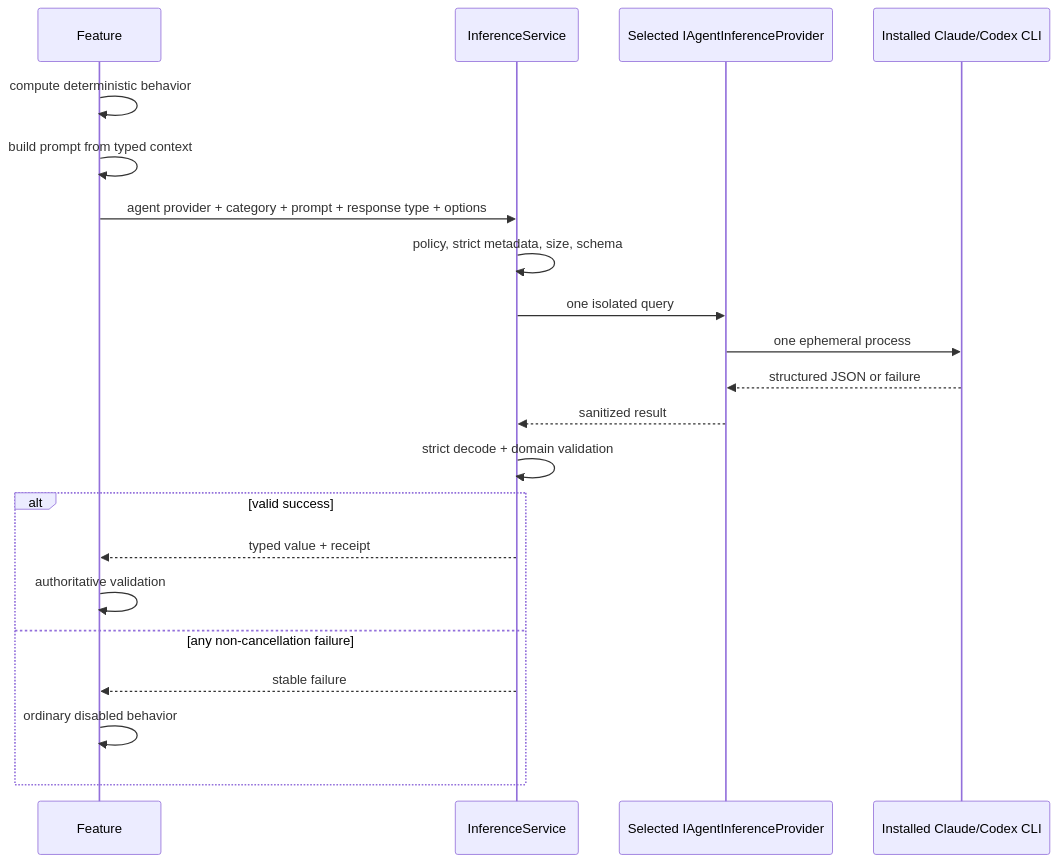
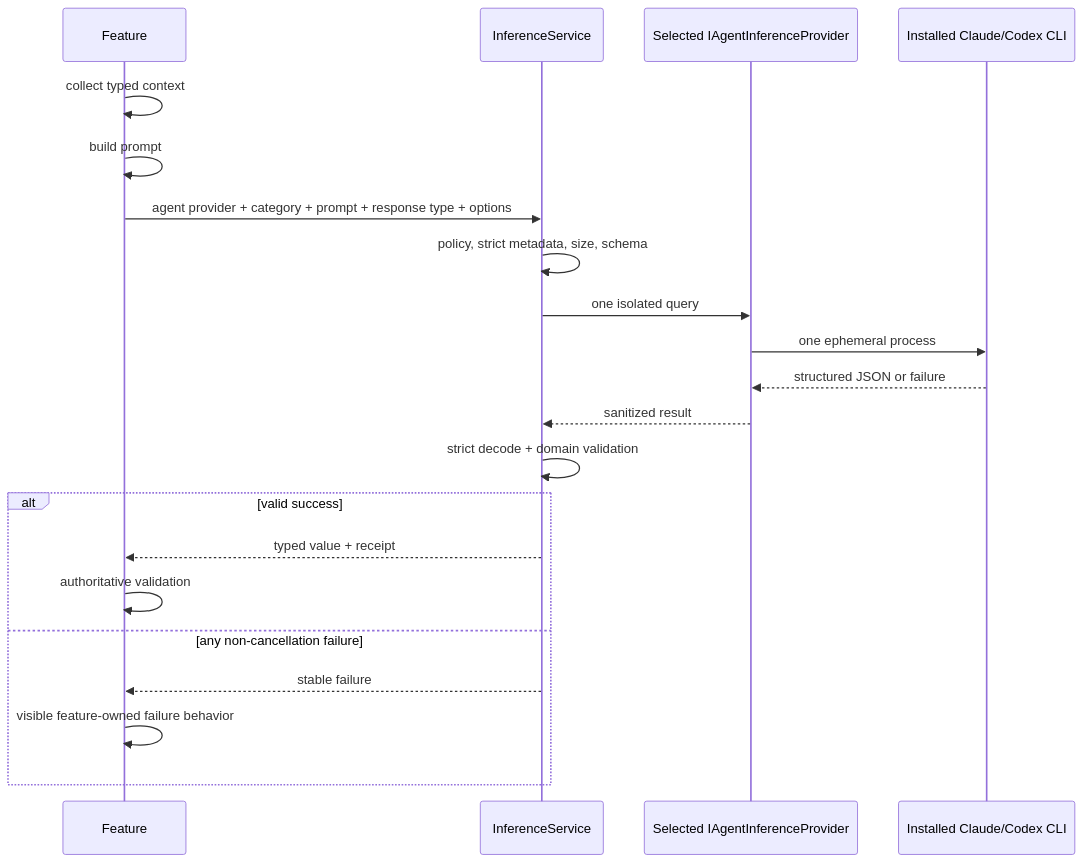
One commit to Kapps/weavie changed the diagram in docs/specs/ad-hoc-inference.md. Above: the diagram before and after it, drawn with Mermaid. The commit also changed other lines of this file and 115 other files, not shown here.

````diff
--- a/docs/specs/ad-hoc-inference.md
+++ b/docs/specs/ad-hoc-inference.md
@@ -117,24 +116,24 @@
 ```mermaid
 sequenceDiagram
     participant F as Feature
     participant S as InferenceService
     participant A as Selected IAgentInferenceProvider
     participant C as Installed Claude/Codex CLI
 
-    F->>F: compute deterministic behavior
-    F->>F: build prompt from typed context
+    F->>F: collect typed context
+    F->>F: build prompt
     F->>S: agent provider + category + prompt + response type + options
     S->>S: policy, strict metadata, size, schema
     S->>A: one isolated query
     A->>C: one ephemeral process
     C-->>A: structured JSON or failure
     A-->>S: sanitized result
     S->>S: strict decode + domain validation
     alt valid success
         S-->>F: typed value + receipt
         F->>F: authoritative validation
     else any non-cancellation failure
         S-->>F: stable failure
-        F->>F: ordinary disabled behavior
+        F->>F: visible feature-owned failure behavior
     end
 ```
````
